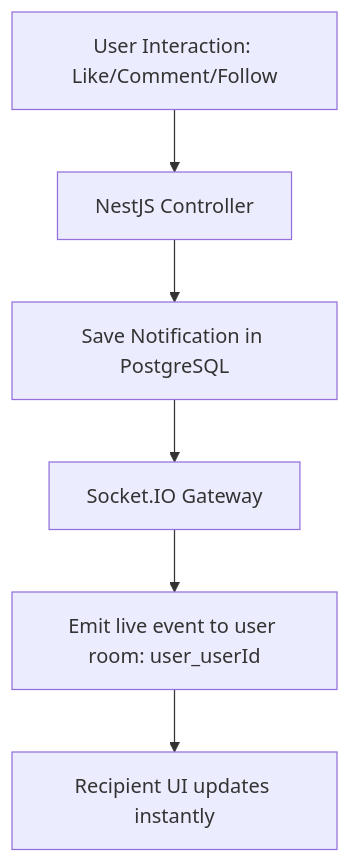
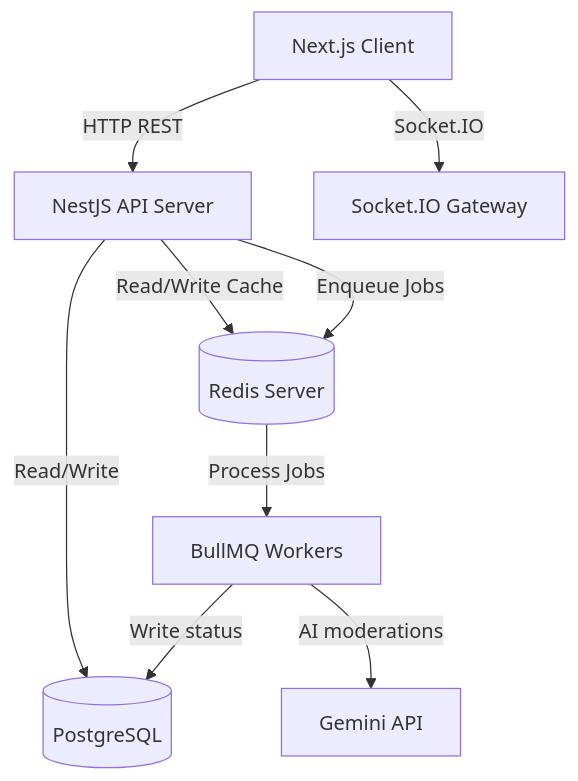
One commit to prrranay/pulse changed the first of 2 diagrams in README.md. Above: the diagram before and after it, drawn with Mermaid. The commit also changed other lines of this file and 8 other files, not shown here.

````diff
--- a/README.md
+++ b/README.md
@@ -30,8 +36,13 @@
 ```mermaid
 flowchart TD
-    Action[User Interaction: Like/Comment/Follow] --> NestJS[NestJS Controller]
-    NestJS --> DB[Save Notification in PostgreSQL]
-    DB --> Gateway[Socket.IO Gateway]
-    Gateway --> Socket[Emit live event to user room: user_userId]
-    Socket --> Client[Recipient UI updates instantly]
+    Client[Next.js Client] -->|HTTP REST| API[NestJS API Server]
+    Client -->|Socket.IO| Gateway[Socket.IO Gateway]
+    
+    API -->|Read/Write| DB[(PostgreSQL)]
+    API -->|Read/Write Cache| Redis[(Redis Server)]
+    API -->|Enqueue Jobs| Redis
+    
+    Redis -->|Process Jobs| Workers[BullMQ Workers]
+    Workers -->|AI moderations| Gemini[Gemini API]
+    Workers -->|Write status| DB
 ```
````
